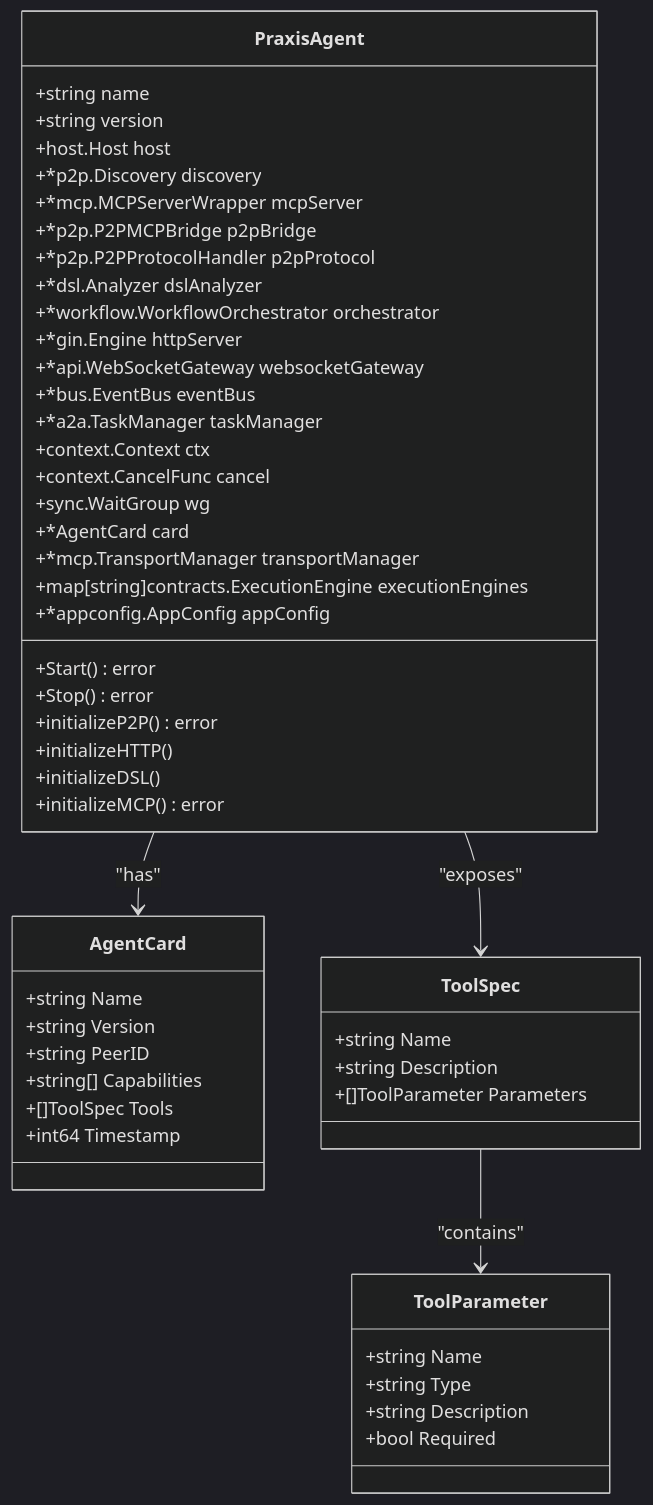
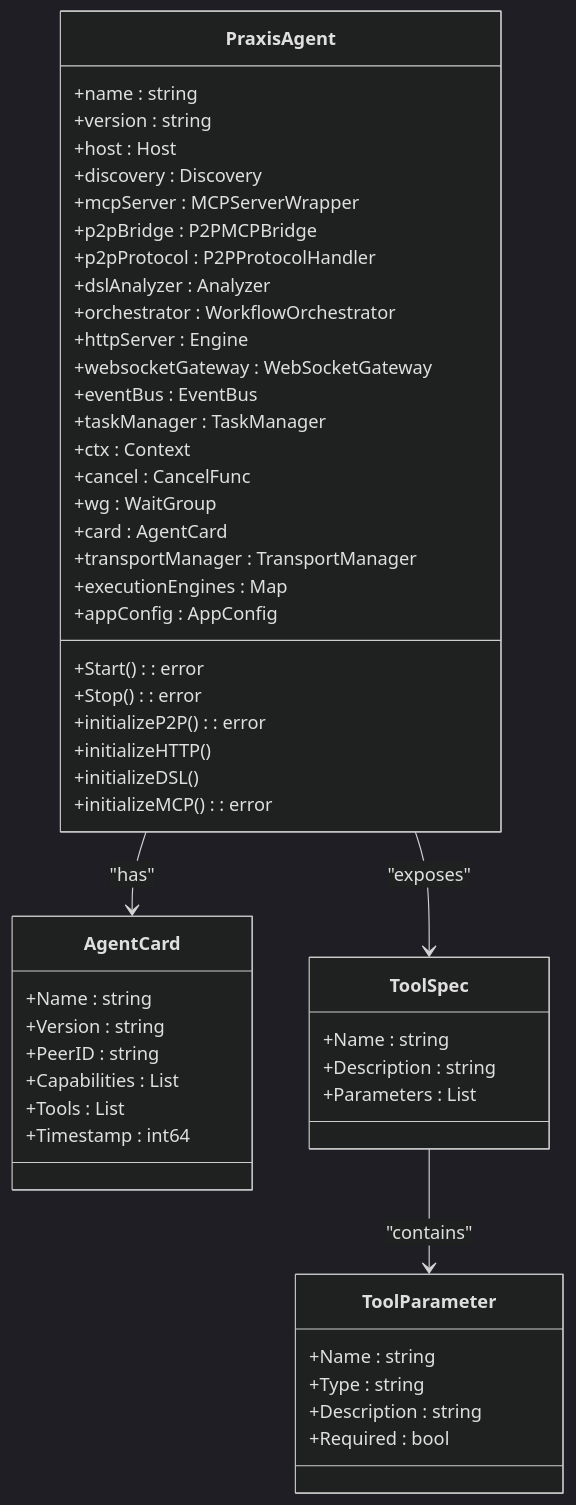
Before and after one commit to prxs-ai/praxis-go-sdk: the second of 8 diagrams in docs/Project Overview.md, drawn with Mermaid (dark theme). The commit also changed other lines of this file and 141 other files, not shown here.

````diff
--- a/docs/Project Overview.md
+++ b/docs/Project Overview.md
@@ -79,53 +79,53 @@
 ```mermaid
 classDiagram
 class PraxisAgent {
-+string name
-+string version
-+host.Host host
-+*p2p.Discovery discovery
-+*mcp.MCPServerWrapper mcpServer
-+*p2p.P2PMCPBridge p2pBridge
-+*p2p.P2PProtocolHandler p2pProtocol
-+*dsl.Analyzer dslAnalyzer
-+*workflow.WorkflowOrchestrator orchestrator
-+*gin.Engine httpServer
-+*api.WebSocketGateway websocketGateway
-+*bus.EventBus eventBus
-+*a2a.TaskManager taskManager
-+context.Context ctx
-+context.CancelFunc cancel
-+sync.WaitGroup wg
-+*AgentCard card
-+*mcp.TransportManager transportManager
-+map[string]contracts.ExecutionEngine executionEngines
-+*appconfig.AppConfig appConfig
-+Start() error
-+Stop() error
-+initializeP2P() error
++name : string
++version : string
++host : Host
++discovery : Discovery
++mcpServer : MCPServerWrapper
++p2pBridge : P2PMCPBridge
++p2pProtocol : P2PProtocolHandler
++dslAnalyzer : Analyzer
++orchestrator : WorkflowOrchestrator
++httpServer : Engine
++websocketGateway : WebSocketGateway
++eventBus : EventBus
++taskManager : TaskManager
++ctx : Context
++cancel : CancelFunc
++wg : WaitGroup
++card : AgentCard
++transportManager : TransportManager
++executionEngines : Map<string, ExecutionEngine>
++appConfig : AppConfig
++Start() : error
++Stop() : error
++initializeP2P() : error
 +initializeHTTP()
 +initializeDSL()
-+initializeMCP() error
++initializeMCP() : error
 }
 class AgentCard {
-+string Name
-+string Version
-+string PeerID
-+string[] Capabilities
-+[]ToolSpec Tools
-+int64 Timestamp
++Name : string
++Version : string
++PeerID : string
++Capabilities : List<string>
++Tools : List<ToolSpec>
++Timestamp : int64
 }
 class ToolSpec {
-+string Name
-+string Description
-+[]ToolParameter Parameters
++Name : string
++Description : string
++Parameters : List<ToolParameter>
 }
 class ToolParameter {
-+string Name
-+string Type
-+string Description
-+bool Required
++Name : string
++Type : string
++Description : string
++Required : bool
 }
 PraxisAgent --> AgentCard : "has"
 PraxisAgent --> ToolSpec : "exposes"
 ToolSpec --> ToolParameter : "contains"
 ```
````
